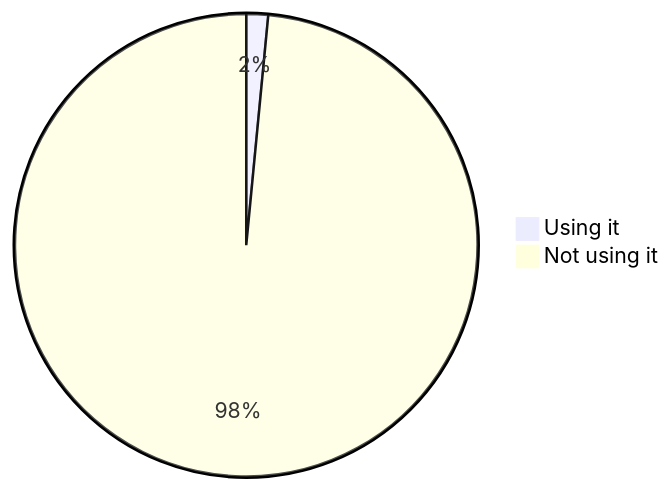
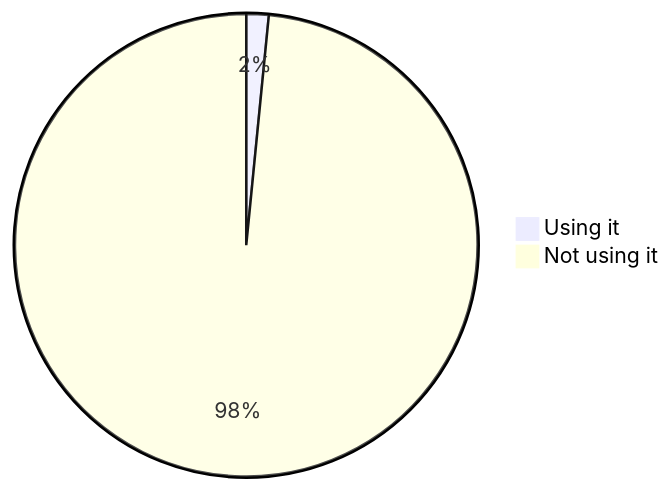
The eighth of 22 diagrams in stats.md (oshp/oshp-stats), drawn with Mermaid before and after one commit. The commit also changed other lines of this file, not shown here.

````diff
--- a/stats.md
+++ b/stats.md
@@ -94,6 +94,6 @@
 ```mermaid
 pie
-	"Using it" : 1.52
-	"Not using it" : 98.48
+	"Using it" : 1.56
+	"Not using it" : 98.44
 
 ```
````
